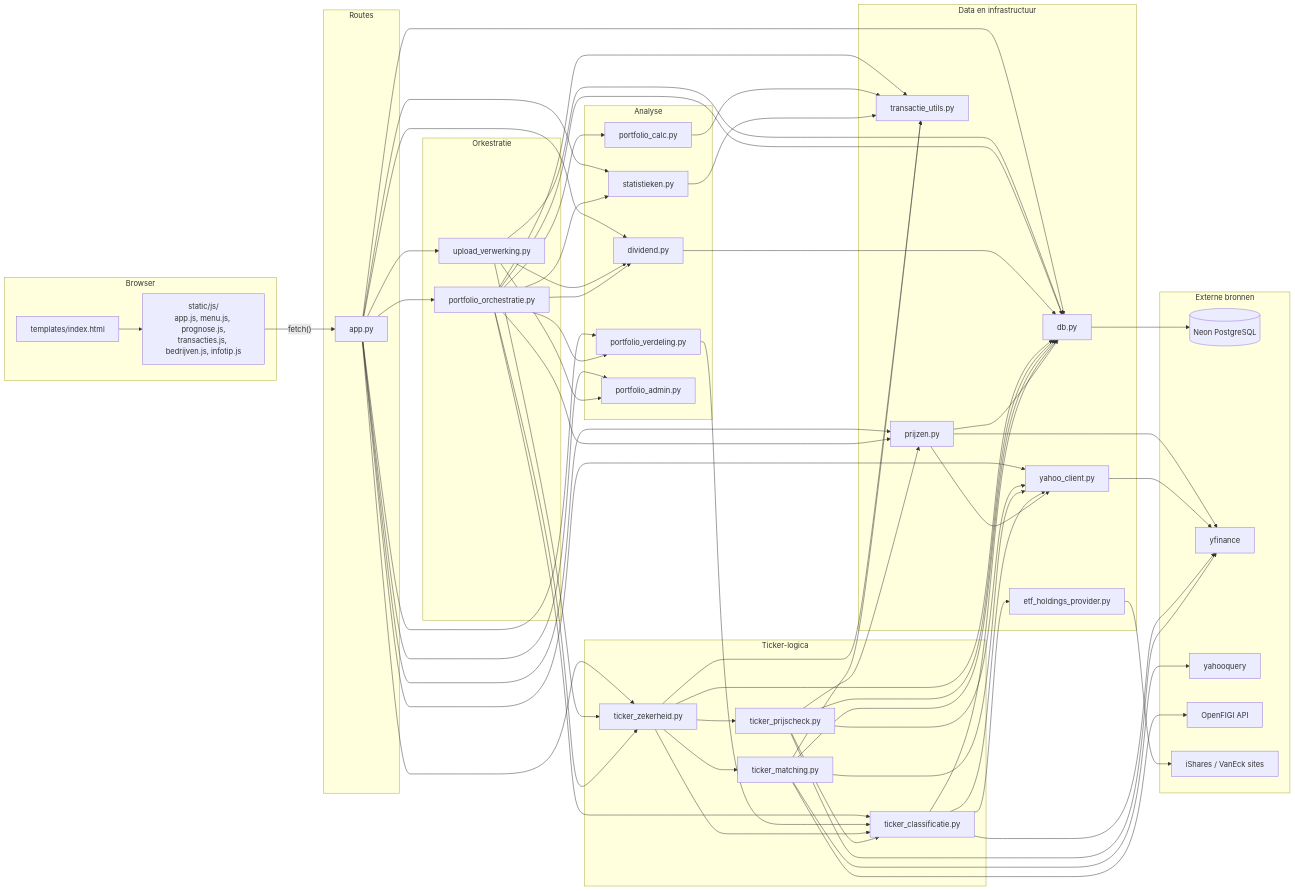
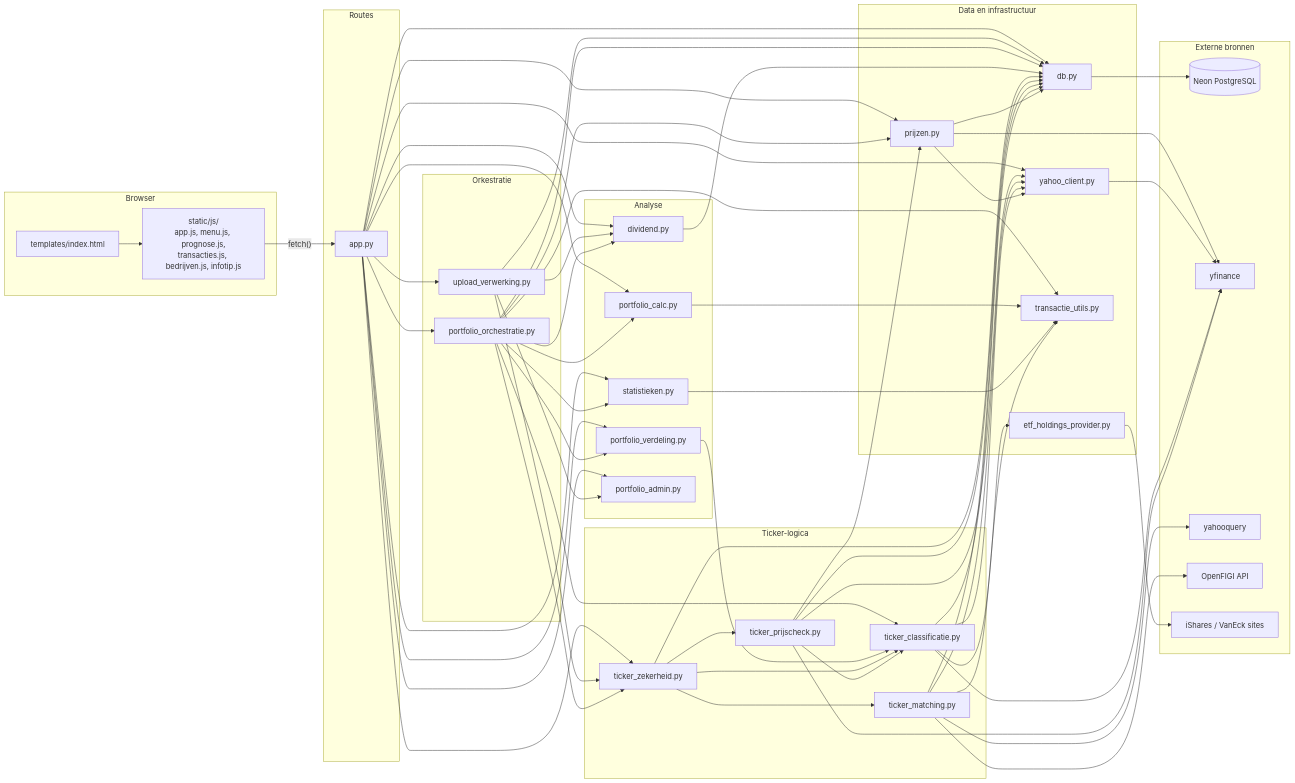
Before and after one commit to lobkest/portfolioTracker: the diagram in docs/CODE_OVERZICHT.md, drawn with Mermaid. The commit also changed other lines of this file and 45 other files, not shown here.

```diff
--- a/docs/CODE_OVERZICHT.md
+++ b/docs/CODE_OVERZICHT.md
@@ -115,6 +116,7 @@
     APP --> DIV
     APP --> ADM
     APP --> ZEK
+    APP --> CALC
     APP --> PRIJ
     APP --> YC
     APP --> DB
@@ -142,7 +144,6 @@
     ZEK --> MATCH
     ZEK --> PCHK
     ZEK --> CLASS
-    ZEK --> UTIL
     ZEK --> DB
     PCHK --> PRIJ
     PCHK --> CLASS
```
